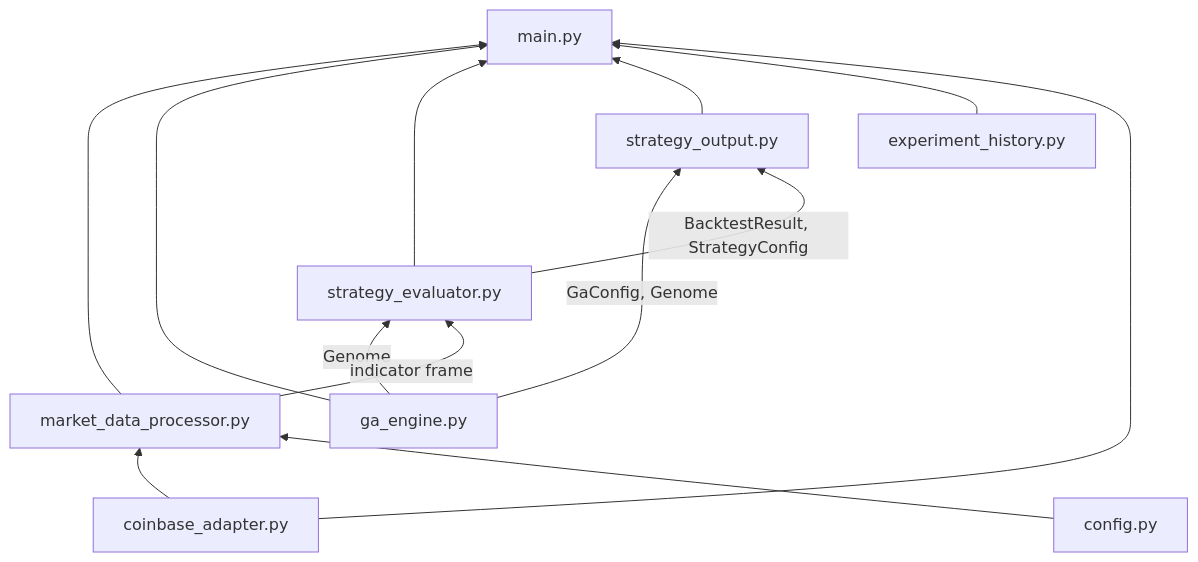
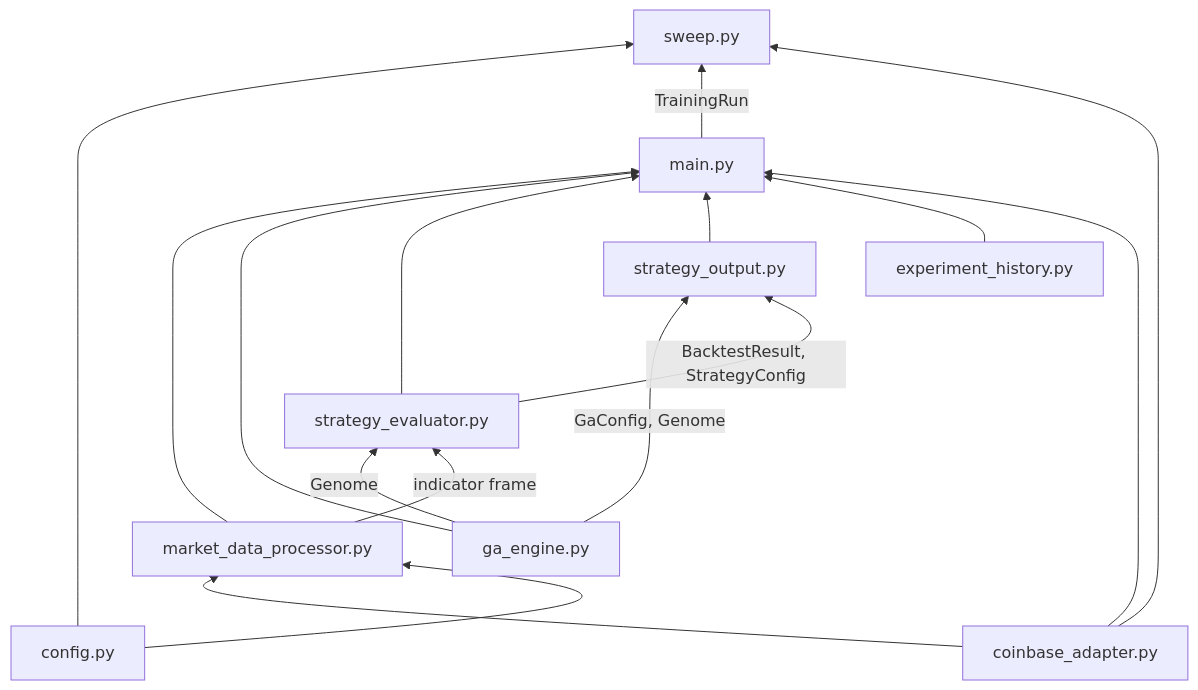
Before and after one commit to brunobrods/hippo: the first of 2 diagrams in coinbase/ga/README.md, drawn with Mermaid. The commit also changed other lines of this file and 3 other files, not shown here.

````diff
--- a/coinbase/ga/README.md
+++ b/coinbase/ga/README.md
@@ -12,24 +12,28 @@
 ```mermaid
 flowchart BT
     ADAPTER[coinbase_adapter.py]
     MDP[market_data_processor.py]
     GA[ga_engine.py]
     SE[strategy_evaluator.py]
     SO[strategy_output.py]
     EH[experiment_history.py]
     CFG[config.py]
     MAIN[main.py]
+    SWEEP[sweep.py]
 
     ADAPTER --> MDP
     CFG --> MDP
     GA -->|Genome| SE
     MDP -->|indicator frame| SE
     GA -->|GaConfig, Genome| SO
     SE -->|BacktestResult, StrategyConfig| SO
     MDP --> MAIN
     GA --> MAIN
     SE --> MAIN
     SO --> MAIN
     EH --> MAIN
     ADAPTER --> MAIN
+    CFG --> SWEEP
+    MAIN -->|TrainingRun| SWEEP
+    ADAPTER --> SWEEP
 ```
````
